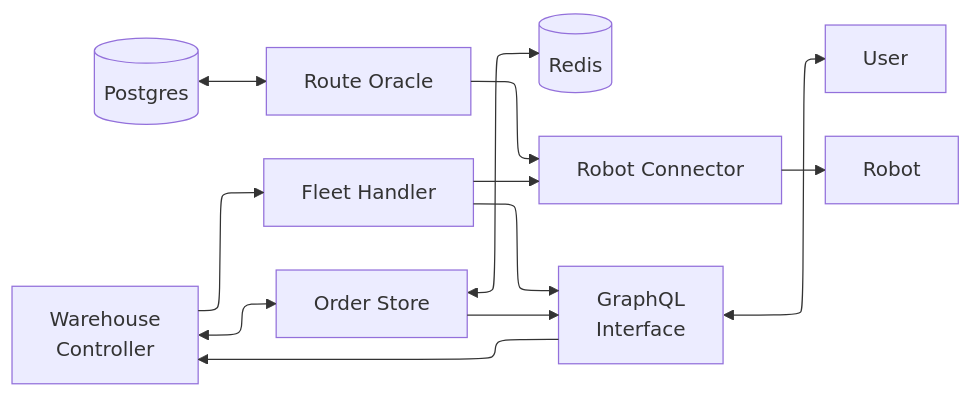
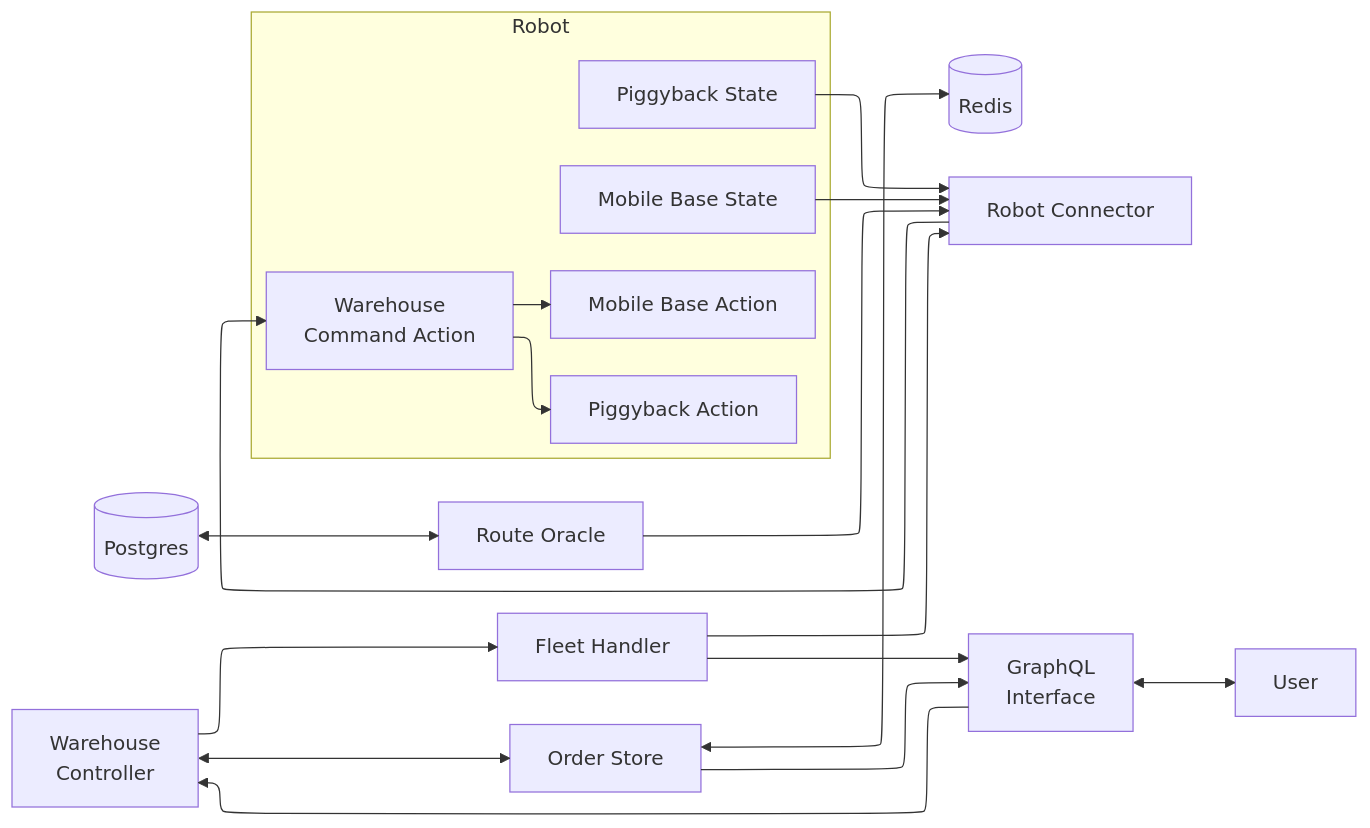
Before and after one commit to FIBO-Engineer/fleet_gateway: the diagram in docs/diagram.mmd, drawn with Mermaid. The commit also changed 1 other file, not shown here.

Commit message:
Enhance diagrams by adding new actions and states in Robot subgraph

```diff
--- a/docs/diagram.mmd
+++ b/docs/diagram.mmd
@@ -1,31 +1,52 @@
 ---
 config:
   layout: elk
 ---
 flowchart LR
   RouteOracle[Route Oracle]
   Redis[(Redis)]
   Postgres[(Postgres)]
   FleetHandler[Fleet Handler <br> ]
   RobotConnector[Robot Connector]
   OrderStore[Order Store]
   WarehouseController[Warehouse <br> Controller]
   User[User]
   GraphQL[GraphQL <br> Interface]
+  
+  subgraph Robot
+  %% direction LR
+    WarehouseAction[Warehouse <br>Command Action]
+    MobileBaseAction[Mobile Base Action]
+    PiggybackAction[Piggyback Action]
+    MobileBaseState[Mobile Base State]
+    PiggybackState[Piggyback State]
+    
+    WarehouseAction --> MobileBaseAction
+    WarehouseAction --> PiggybackAction
+  end
 
   GraphQL <--> User
 
   GraphQL --> WarehouseController
   OrderStore --> GraphQL
   FleetHandler --> GraphQL
+  FleetHandler --> RobotConnector
 
   OrderStore <--> Redis
 
   WarehouseController <--> OrderStore
 
   WarehouseController --> FleetHandler
 
   Postgres <--> RouteOracle
+  RobotConnector --> WarehouseAction
   RouteOracle --> RobotConnector
-  FleetHandler --> RobotConnector
-  RobotConnector --> Robot
+  
+  
+  
+  PiggybackState --> RobotConnector
+  MobileBaseState --> RobotConnector
+
+  
+
+  %% RobotConnector --> 
```
